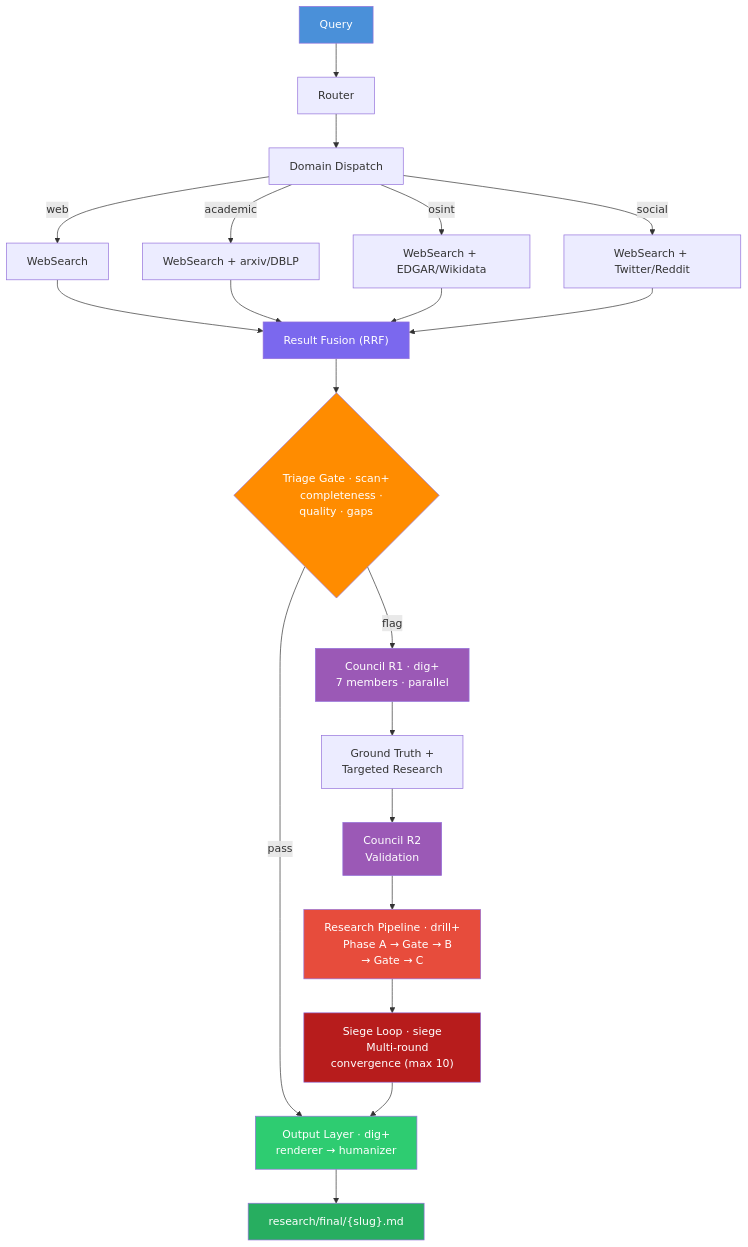
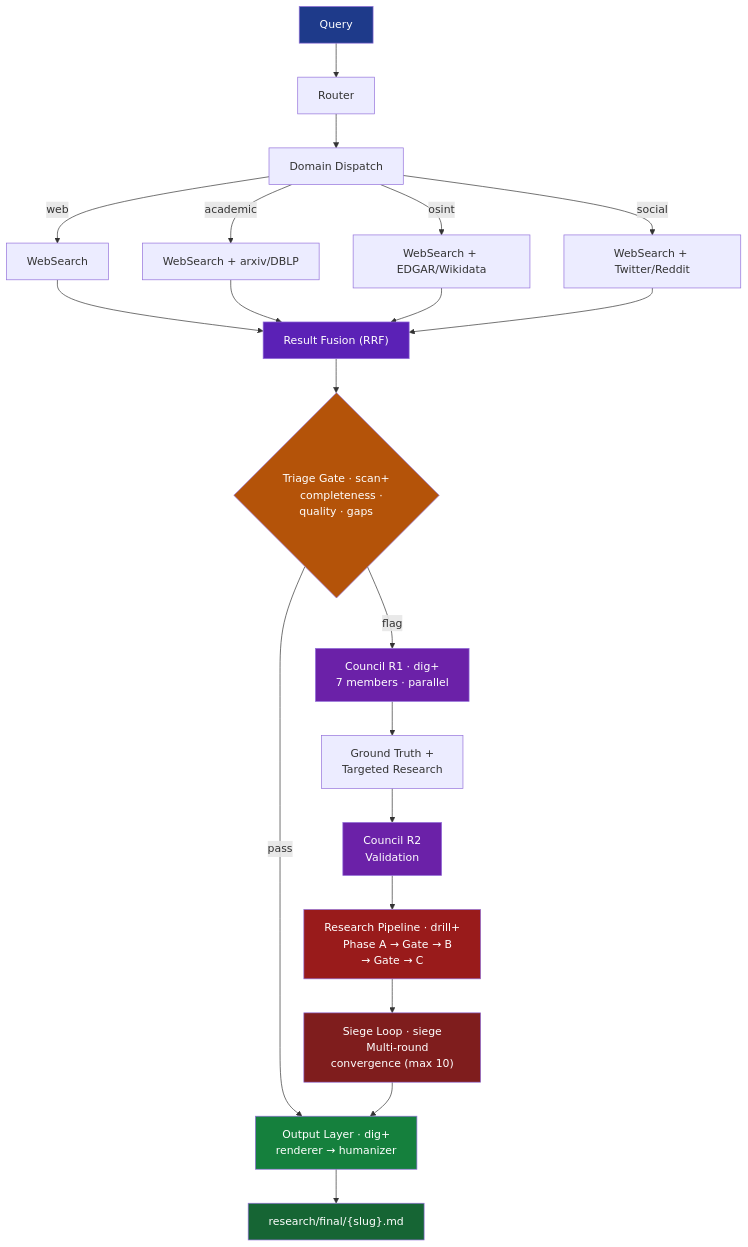
One commit to adambkovacs/seine-agentic-search-orchestrator-plugin changed the first of 3 diagrams in docs/ARCHITECTURE.md. Above: the diagram before and after it, drawn with Mermaid. The commit also changed other lines of this file and 1 other file, not shown here.

Commit message:
fix: WCAG AA compliant Mermaid diagram colors
All node fill colors now pass WCAG AA contrast ratio (4.5:1+)
with white text. Replaced 13 failing bright/mid-tone backgrounds
with darker shades from the same hue family (Tailwind 800/900).

````diff
--- a/docs/ARCHITECTURE.md
+++ b/docs/ARCHITECTURE.md
@@ -7,42 +7,42 @@
 ```mermaid
 flowchart TD
     Q["Query"] --> R["Router"]
     R --> D["Domain Dispatch"]
     D --> |web| W["WebSearch"]
     D --> |academic| A["WebSearch + arxiv/DBLP"]
     D --> |osint| O["WebSearch + EDGAR/Wikidata"]
     D --> |social| S["WebSearch + Twitter/Reddit"]
 
     W & A & O & S --> F["Result Fusion (RRF)"]
 
     F --> T{"Triage Gate · scan+
     completeness · quality · gaps"}
     T --> |"pass"| OUT
     T --> |"flag"| C1
 
     C1["Council R1 · dig+
     7 members · parallel"] --> GT["Ground Truth +
     Targeted Research"]
     GT --> C2["Council R2
     Validation"]
 
     C2 --> RP["Research Pipeline · drill+
     Phase A → Gate → B → Gate → C"]
 
     RP --> SG["Siege Loop · siege
     Multi-round convergence (max 10)"]
     SG --> OUT
 
     OUT["Output Layer · dig+
     renderer → humanizer"] --> FINAL["research/final/{slug}.md"]
 
-    style Q fill:#4A90D9,color:#fff
-    style F fill:#7B68EE,color:#fff
-    style T fill:#FF8C00,color:#fff
-    style C1 fill:#9B59B6,color:#fff
-    style C2 fill:#9B59B6,color:#fff
-    style RP fill:#E74C3C,color:#fff
-    style SG fill:#B71C1C,color:#fff
-    style OUT fill:#2ECC71,color:#fff
-    style FINAL fill:#27AE60,color:#fff
+    style Q fill:#1E3A8A,color:#fff
+    style F fill:#5B21B6,color:#fff
+    style T fill:#B45309,color:#fff
+    style C1 fill:#6B21A8,color:#fff
+    style C2 fill:#6B21A8,color:#fff
+    style RP fill:#991B1B,color:#fff
+    style SG fill:#7F1D1D,color:#fff
+    style OUT fill:#15803D,color:#fff
+    style FINAL fill:#166534,color:#fff
 ```
````
